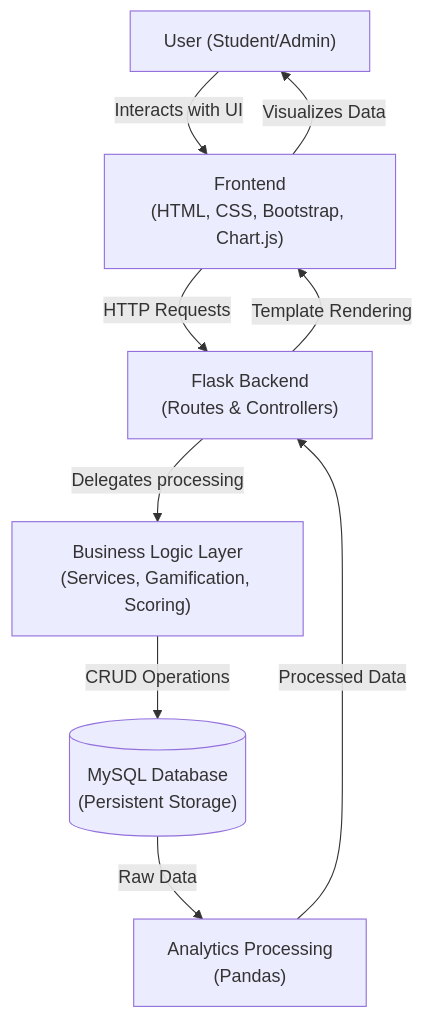
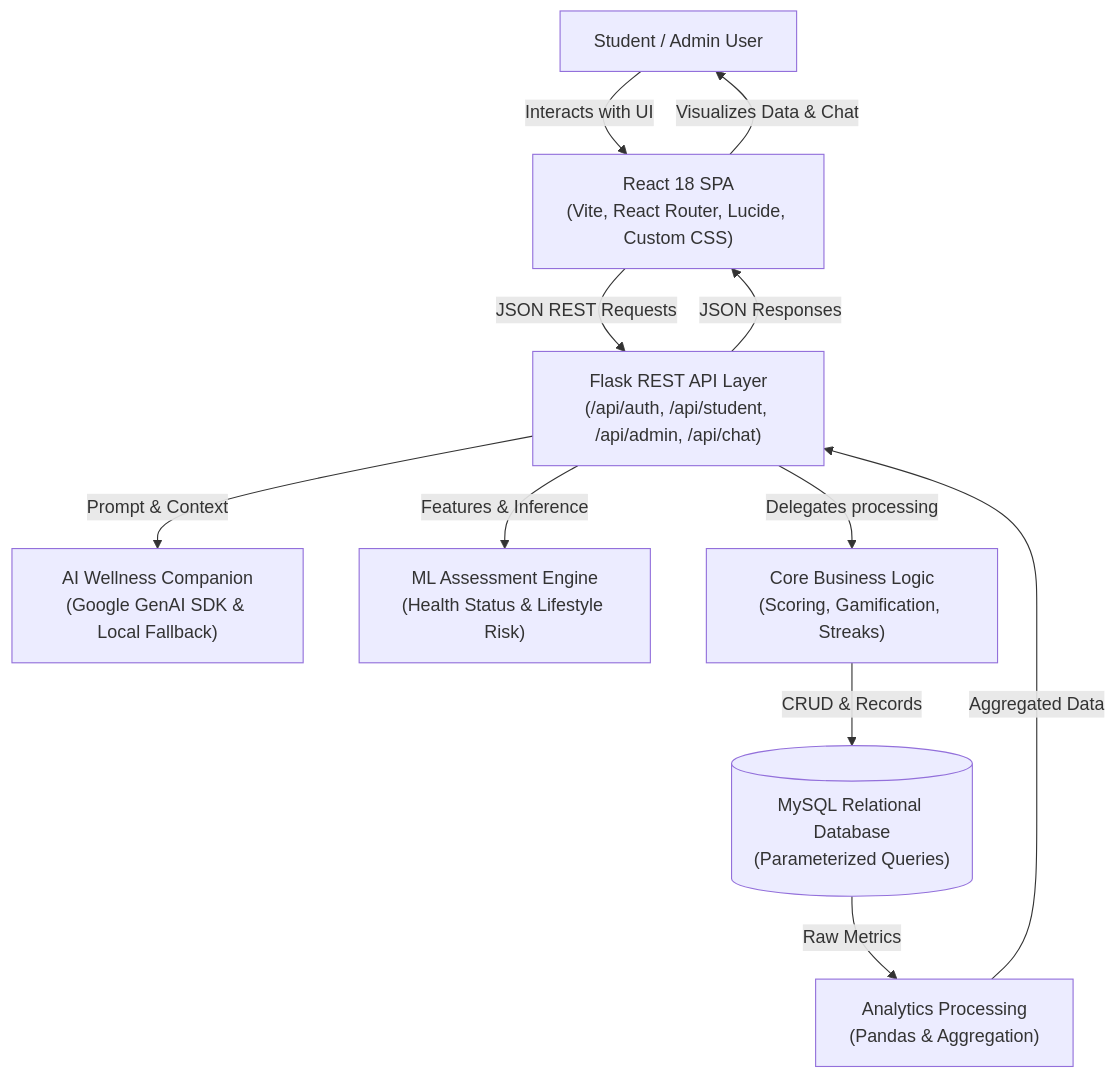
Before and after one commit to goxxie08/Wellvia: the first of 3 diagrams in SYSTEM_DESIGN.md, drawn with Mermaid. The commit also changed other lines of this file and 8 other files, not shown here.

````diff
--- a/SYSTEM_DESIGN.md
+++ b/SYSTEM_DESIGN.md
@@ -14,18 +12,22 @@
 ```mermaid
 flowchart TD
-    User["User (Student/Admin)"]
-    Frontend["Frontend<br/>(HTML, CSS, Bootstrap, Chart.js)"]
-    Backend["Flask Backend<br/>(Routes & Controllers)"]
-    BusinessLogic["Business Logic Layer<br/>(Services, Gamification, Scoring)"]
-    Database[("MySQL Database<br/>(Persistent Storage)")]
-    Analytics["Analytics Processing<br/>(Pandas)"]
+    User["Student / Admin User"]
+    Frontend["React 18 SPA<br/>(Vite, React Router, Lucide, Custom CSS)"]
+    API["Flask REST API Layer<br/>(/api/auth, /api/student, /api/admin, /api/chat)"]
+    Chatbot["AI Wellness Companion<br/>(Google GenAI SDK & Local Fallback)"]
+    ML["ML Assessment Engine<br/>(Health Status & Lifestyle Risk)"]
+    BusinessLogic["Core Business Logic<br/>(Scoring, Gamification, Streaks)"]
+    Analytics["Analytics Processing<br/>(Pandas & Aggregation)"]
+    Database[("MySQL Relational Database<br/>(Parameterized Queries)")]
 
     User -->|Interacts with UI| Frontend
-    Frontend -->|HTTP Requests| Backend
-    Backend -->|Delegates processing| BusinessLogic
-    BusinessLogic -->|CRUD Operations| Database
-    Database -->|Raw Data| Analytics
-    Analytics -->|Processed Data| Backend
-    Backend -->|Template Rendering| Frontend
-    Frontend -->|Visualizes Data| User
+    Frontend -->|JSON REST Requests| API
+    API -->|Prompt & Context| Chatbot
+    API -->|Features & Inference| ML
+    API -->|Delegates processing| BusinessLogic
+    BusinessLogic -->|CRUD & Records| Database
+    Database -->|Raw Metrics| Analytics
+    Analytics -->|Aggregated Data| API
+    API -->|JSON Responses| Frontend
+    Frontend -->|Visualizes Data & Chat| User
 ```
````
